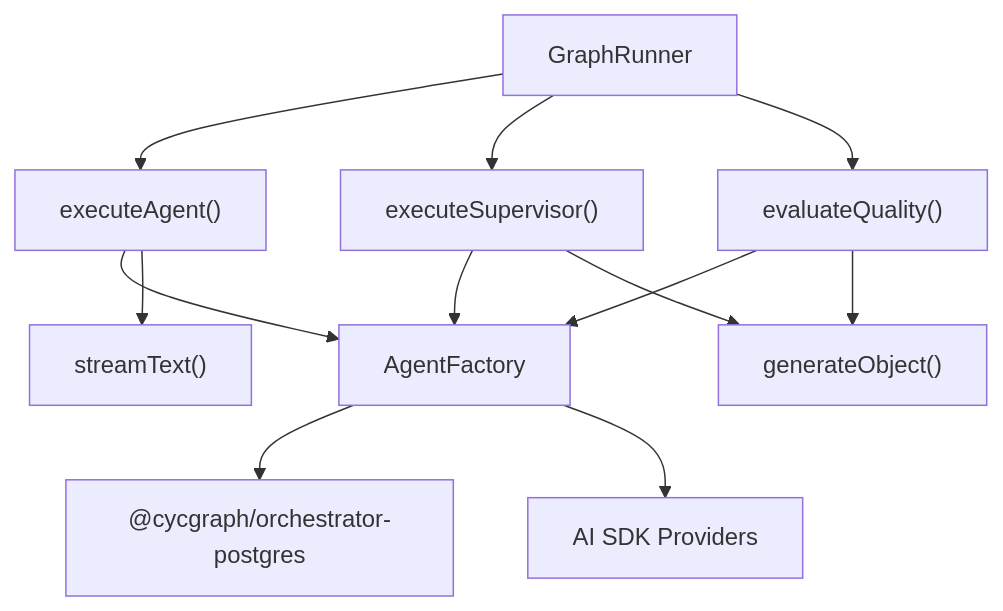
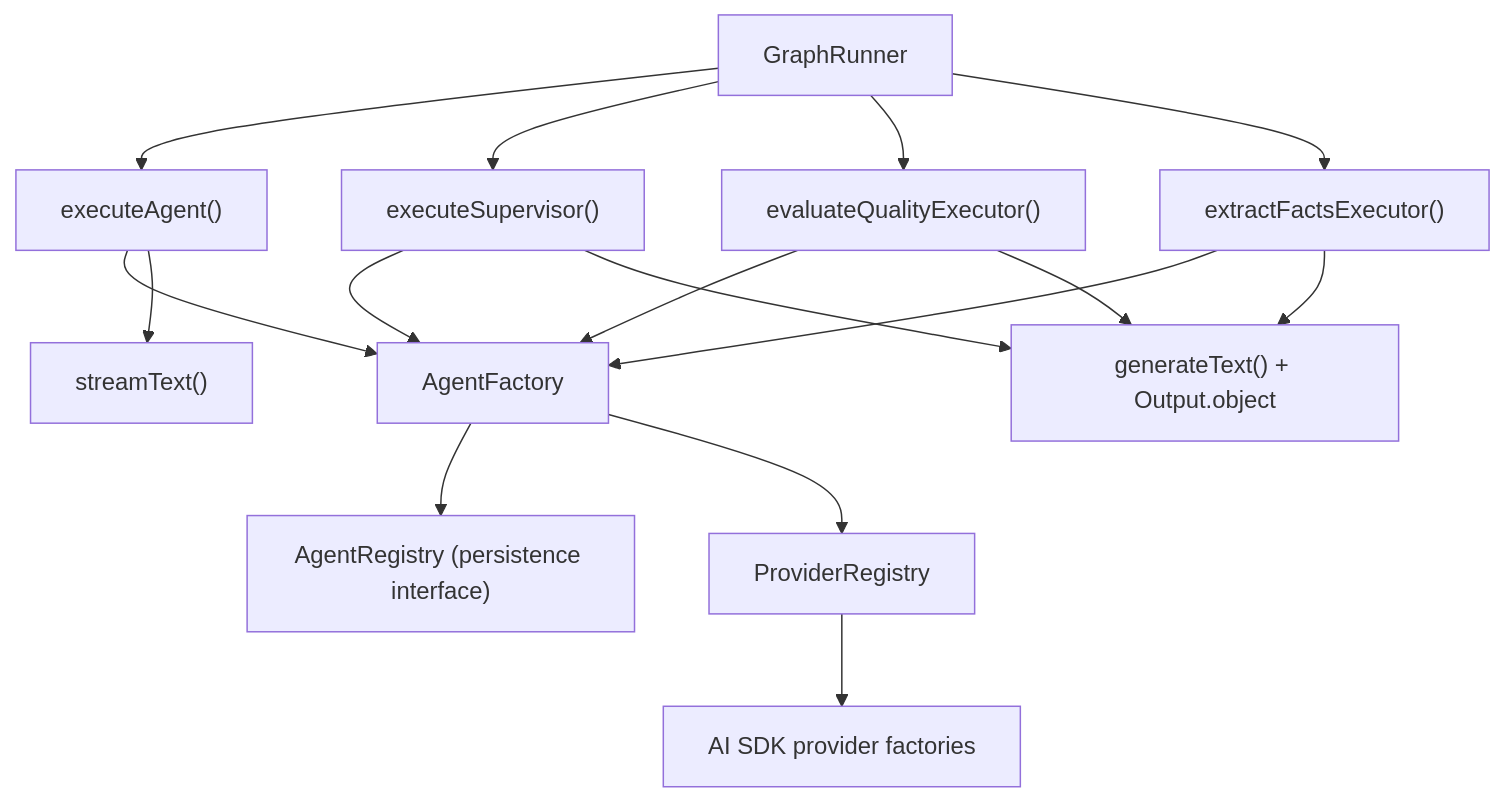
The first of 3 diagrams in packages/orchestrator/src/agents/README.md (wmcmahan/cycgraph), drawn with Mermaid before and after one commit. The commit also changed other lines of this file and 37 other files, not shown here.

````diff
--- a/packages/orchestrator/src/agents/README.md
+++ b/packages/orchestrator/src/agents/README.md
@@ -37,14 +43,18 @@
 ```mermaid
 graph TD
     GR["GraphRunner"] --> AE["executeAgent()"]
     GR --> SE["executeSupervisor()"]
-    GR --> EV["evaluateQuality()"]
+    GR --> EV["evaluateQualityExecutor()"]
+    GR --> EX["extractFactsExecutor()"]
     AE --> AF["AgentFactory"]
     SE --> AF
     EV --> AF
-    AF --> DB["@cycgraph/orchestrator-postgres"]
-    AF --> SDK["AI SDK Providers"]
+    EX --> AF
+    AF --> REG["AgentRegistry (persistence interface)"]
+    AF --> PR["ProviderRegistry"]
+    PR --> SDK["AI SDK provider factories"]
     AE --> ST["streamText()"]
-    SE --> GO["generateObject()"]
+    SE --> GO["generateText() + Output.object"]
     EV --> GO
+    EX --> GO
 ```
````
